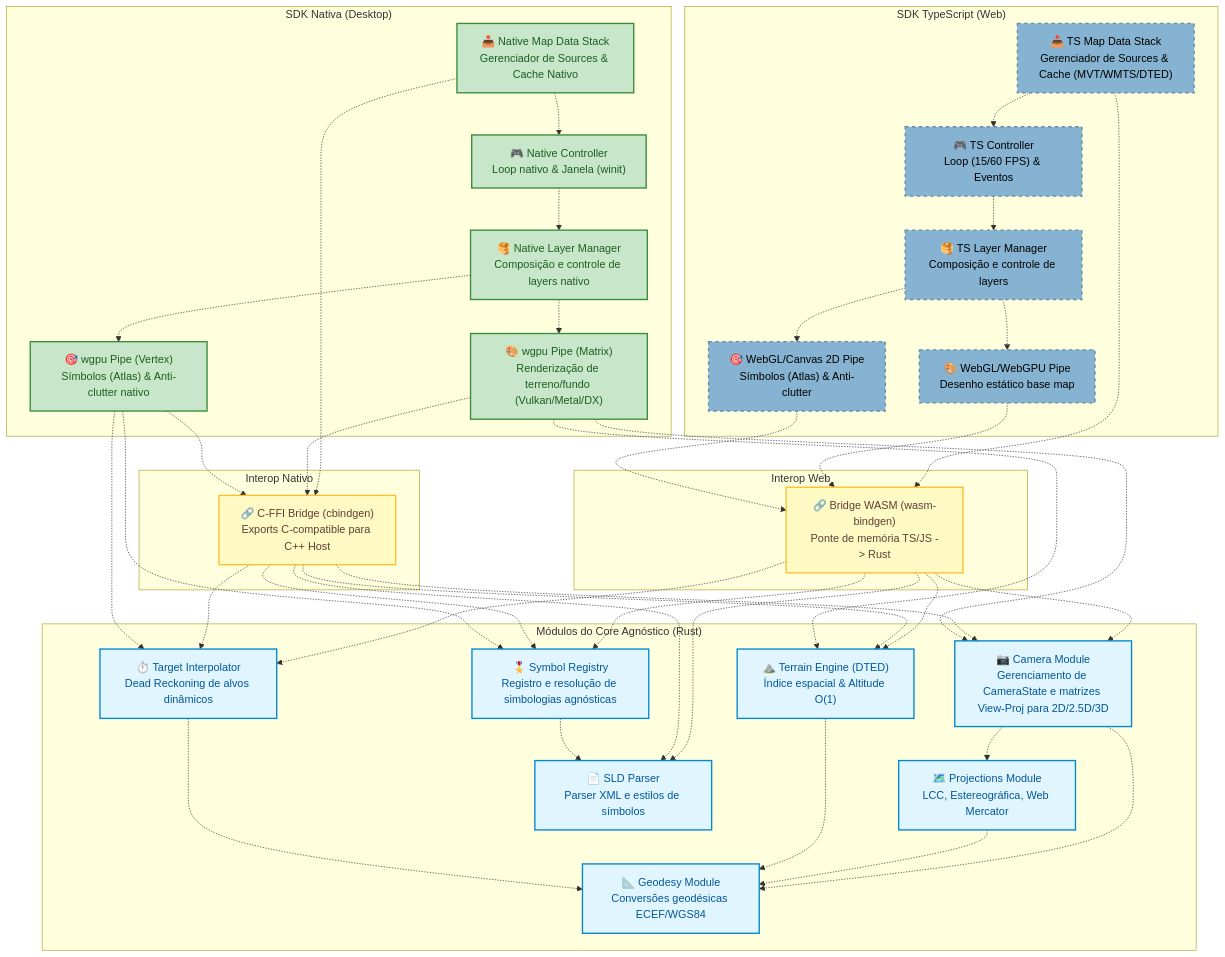
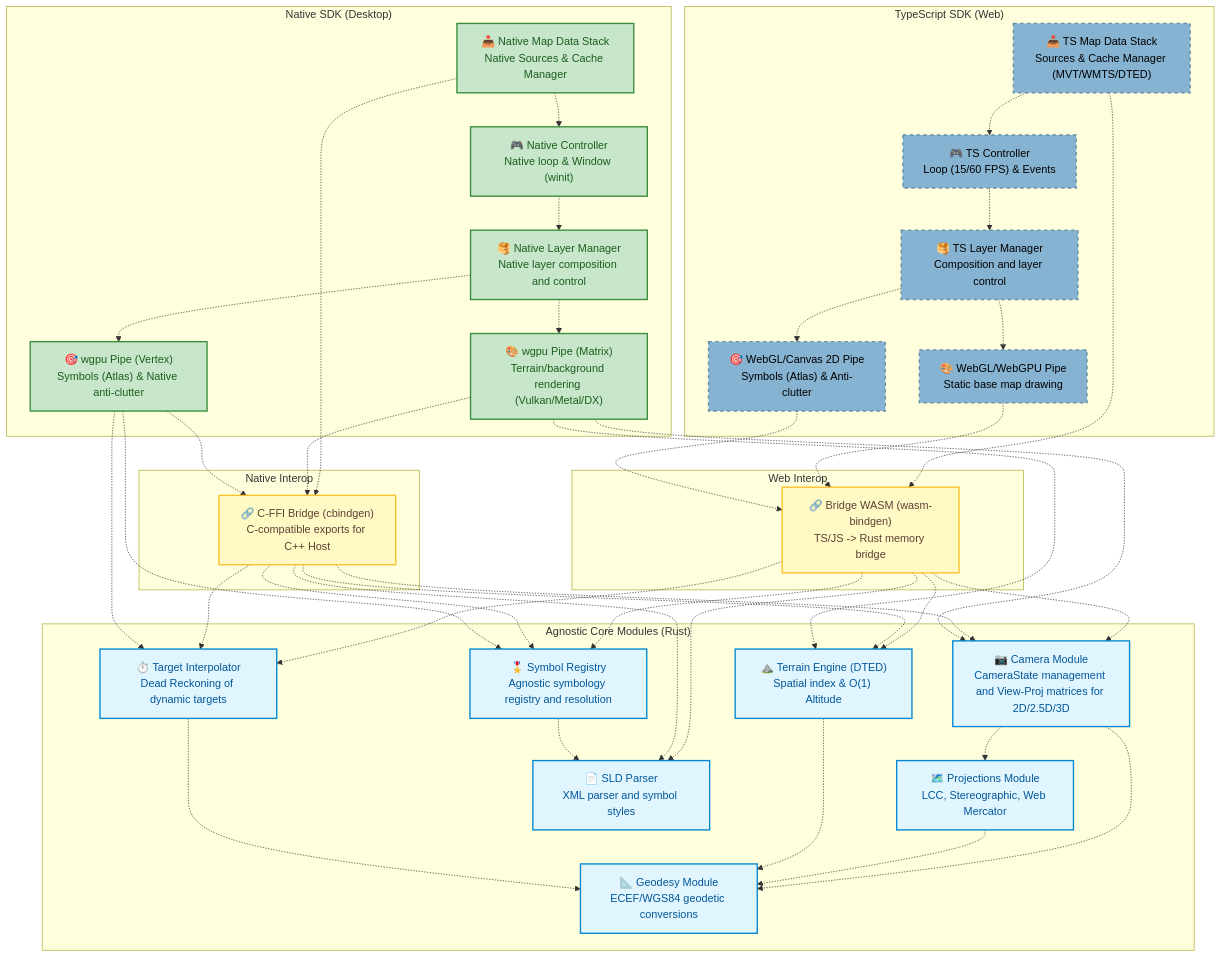
Before and after one commit to rodoni/olayer: the third of 5 diagrams in docs/arch.md, drawn with Mermaid. The commit also changed other lines of this file and 29 other files, not shown here.

Commit message:
fix docs language and sdk/native

```diff
--- a/docs/arch.md
+++ b/docs/arch.md
@@ -133,41 +133,41 @@
     classDef wasmBridge fill:#FFF9C4,stroke:#FBC02D,color:#5D4037,stroke-width:2px;
     classDef nativeComponent fill:#C8E6C9,stroke:#388E3C,color:#1B5E20,stroke-width:2px;
 
-    subgraph TS_SDK_Comp ["SDK TypeScript (Web)"]
-        ts_controller["🎮 TS Controller<br>Loop (15/60 FPS) & Eventos"]:::component
-        ts_layer_manager["🥞 TS Layer Manager<br>Composição e controle de layers"]:::component
-        ts_map_data_stack["📥 TS Map Data Stack<br>Gerenciador de Sources & Cache (MVT/WMTS/DTED)"]:::component
-        ts_gpu_pipe["🎨 WebGL/WebGPU Pipe<br>Desenho estático base map"]:::component
-        ts_cpu_pipe["🎯 WebGL/Canvas 2D Pipe<br>Símbolos (Atlas) & Anti-clutter"]:::component
+    subgraph TS_SDK_Comp ["TypeScript SDK (Web)"]
+        ts_controller["🎮 TS Controller<br>Loop (15/60 FPS) & Events"]:::component
+        ts_layer_manager["🥞 TS Layer Manager<br>Composition and layer control"]:::component
+        ts_map_data_stack["📥 TS Map Data Stack<br>Sources & Cache Manager (MVT/WMTS/DTED)"]:::component
+        ts_gpu_pipe["🎨 WebGL/WebGPU Pipe<br>Static base map drawing"]:::component
+        ts_cpu_pipe["🎯 WebGL/Canvas 2D Pipe<br>Symbols (Atlas) & Anti-clutter"]:::component
     end
     
-    subgraph WASM_Bridge_Comp ["Interop Web"]
-        wasm_bridge["🔗 Bridge WASM (wasm-bindgen)<br>Ponte de memória TS/JS -> Rust"]:::wasmBridge
+    subgraph WASM_Bridge_Comp ["Web Interop"]
+        wasm_bridge["🔗 Bridge WASM (wasm-bindgen)<br>TS/JS -> Rust memory bridge"]:::wasmBridge
     end
 
-    subgraph Native_SDK_Comp ["SDK Nativa (Desktop)"]
-        native_controller["🎮 Native Controller<br>Loop nativo & Janela (winit)"]:::nativeComponent
-        native_layer_manager["🥞 Native Layer Manager<br>Composição e controle de layers nativo"]:::nativeComponent
-        native_map_data_stack["📥 Native Map Data Stack<br>Gerenciador de Sources & Cache Nativo"]:::nativeComponent
-        native_gpu_pipe["🎨 wgpu Pipe (Matrix)<br>Renderização de terreno/fundo (Vulkan/Metal/DX)"]:::nativeComponent
-        native_cpu_pipe["🎯 wgpu Pipe (Vertex)<br>Símbolos (Atlas) & Anti-clutter nativo"]:::nativeComponent
+    subgraph Native_SDK_Comp ["Native SDK (Desktop)"]
+        native_controller["🎮 Native Controller<br>Native loop & Window (winit)"]:::nativeComponent
+        native_layer_manager["🥞 Native Layer Manager<br>Native layer composition and control"]:::nativeComponent
+        native_map_data_stack["📥 Native Map Data Stack<br>Native Sources & Cache Manager"]:::nativeComponent
+        native_gpu_pipe["🎨 wgpu Pipe (Matrix)<br>Terrain/background rendering (Vulkan/Metal/DX)"]:::nativeComponent
+        native_cpu_pipe["🎯 wgpu Pipe (Vertex)<br>Symbols (Atlas) & Native anti-clutter"]:::nativeComponent
     end
 
-    subgraph FFI_Bridge_Comp ["Interop Nativo"]
-        ffi_bridge["🔗 C-FFI Bridge (cbindgen)<br>Exports C-compatible para C++ Host"]:::wasmBridge
+    subgraph FFI_Bridge_Comp ["Native Interop"]
+        ffi_bridge["🔗 C-FFI Bridge (cbindgen)<br>C-compatible exports for C++ Host"]:::wasmBridge
     end
 
-    subgraph Rust_Core_Comp ["Módulos do Core Agnóstico (Rust)"]
-        geodesy["📐 Geodesy Module<br>Conversões geodésicas ECEF/WGS84"]:::coreComponent
-        camera["📷 Camera Module<br>Gerenciamento de CameraState e matrizes View-Proj para 2D/2.5D/3D"]:::coreComponent
-        projections["🗺️ Projections Module<br>LCC, Estereográfica, Web Mercator"]:::coreComponent
-        terrain["⛰️ Terrain Engine (DTED)<br>Índice espacial & Altitude O(1)"]:::coreComponent
-        sld_parser["📄 SLD Parser<br>Parser XML e estilos de símbolos"]:::coreComponent
-        symbol_registry["🎖️ Symbol Registry<br>Registro e resolução de simbologias agnósticas"]:::coreComponent
-        interpolator["⏱️ Target Interpolator<br>Dead Reckoning de alvos dinâmicos"]:::coreComponent
+    subgraph Rust_Core_Comp ["Agnostic Core Modules (Rust)"]
+        geodesy["📐 Geodesy Module<br>ECEF/WGS84 geodetic conversions"]:::coreComponent
+        camera["📷 Camera Module<br>CameraState management and View-Proj matrices for 2D/2.5D/3D"]:::coreComponent
+        projections["🗺️ Projections Module<br>LCC, Stereographic, Web Mercator"]:::coreComponent
+        terrain["⛰️ Terrain Engine (DTED)<br>Spatial index & O(1) Altitude"]:::coreComponent
+        sld_parser["📄 SLD Parser<br>XML parser and symbol styles"]:::coreComponent
+        symbol_registry["🎖️ Symbol Registry<br>Agnostic symbology registry and resolution"]:::coreComponent
+        interpolator["⏱️ Target Interpolator<br>Dead Reckoning of dynamic targets"]:::coreComponent
     end
 
-    %% Relações SDK TS
+    %% TS SDK Relationships
     ts_controller --> ts_layer_manager
     ts_layer_manager --> ts_gpu_pipe
     ts_layer_manager --> ts_cpu_pipe
@@ -176,7 +176,7 @@
     ts_gpu_pipe --> wasm_bridge
     ts_cpu_pipe --> wasm_bridge
 
-    %% Relações SDK Nativa
+    %% Native SDK Relationships
     native_controller --> native_layer_manager
     native_layer_manager --> native_gpu_pipe
     native_layer_manager --> native_cpu_pipe
@@ -185,27 +185,27 @@
     native_gpu_pipe --> ffi_bridge
     native_cpu_pipe --> ffi_bridge
     
-    %% Relações Internas da Bridge WASM para o Core
+    %% Internal WASM Bridge to Core
     wasm_bridge --> camera
     wasm_bridge --> terrain
     wasm_bridge --> sld_parser
     wasm_bridge --> symbol_registry
     wasm_bridge --> interpolator
 
-    %% Relações Internas da Bridge FFI para o Core
+    %% Internal FFI Bridge to Core
     ffi_bridge --> camera
     ffi_bridge --> terrain
     ffi_bridge --> sld_parser
     ffi_bridge --> symbol_registry
     ffi_bridge --> interpolator
     
-    %% Relações diretas Rust-to-Rust (SDK Nativa para o Core)
+    %% Direct Rust-to-Rust (Native SDK to Core)
     native_gpu_pipe --> camera
     native_gpu_pipe --> terrain
     native_cpu_pipe --> symbol_registry
     native_cpu_pipe --> interpolator
 
-    %% Dependências internas do Rust Core
+    %% Internal Rust Core Dependencies
     camera --> geodesy
     camera --> projections
     projections --> geodesy
```
